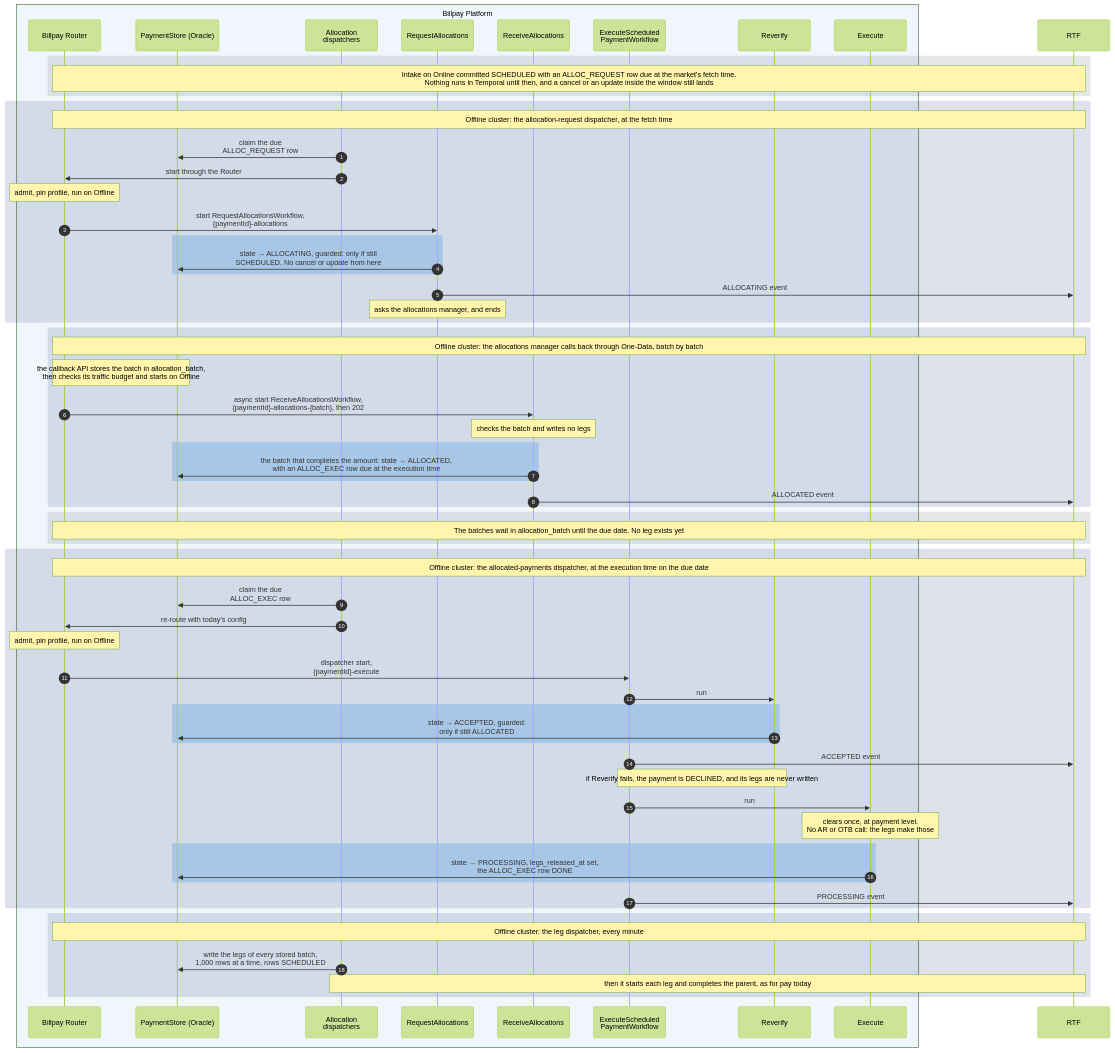
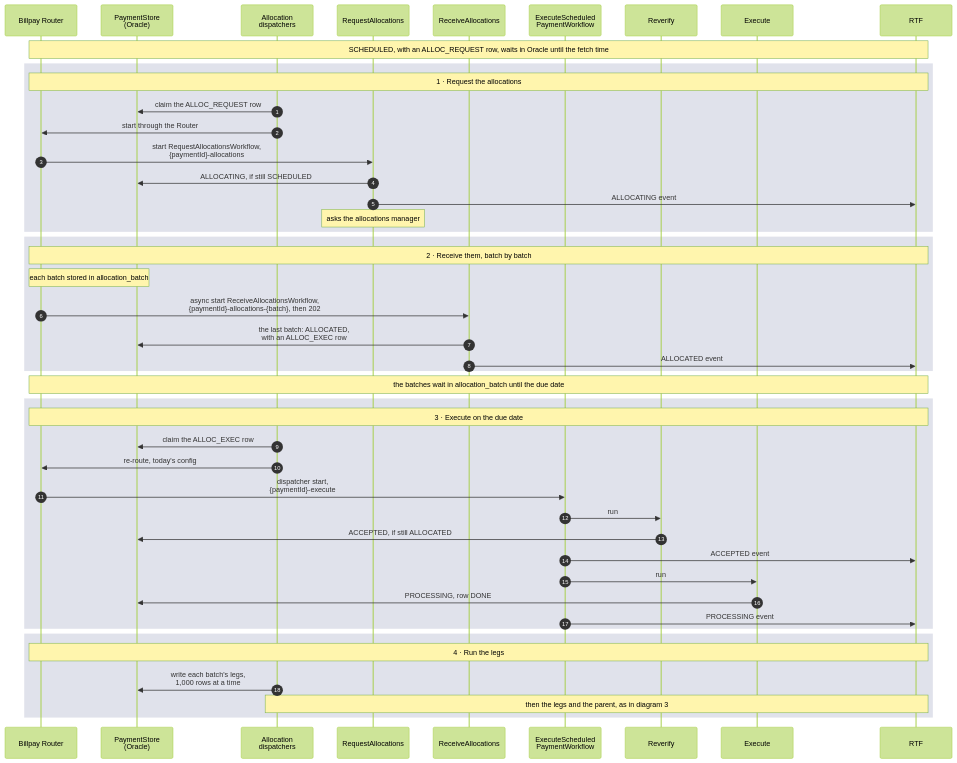
One commit to arunav-bhattacharya/billpay-book changed the fourth of 16 diagrams in website/docs/design/sequence-diagrams.md. Above: the diagram before and after it, drawn with Mermaid (forest theme). The commit also changed other lines of this file and 43 other files, not shown here.

First line of the commit message:
One sequence-diagram style; journeys editable as YAML

````diff
--- a/website/docs/design/sequence-diagrams.md
+++ b/website/docs/design/sequence-diagrams.md
@@ -307,74 +246,54 @@
   %% trigger: dispatcher start
   autonumber
 
-  box rgba(0,111,207,0.05) Billpay Platform
-    participant R as Billpay Router
-    participant PS as PaymentStore (Oracle)
-    participant AD as Allocation<br/>dispatchers
-    participant RQ as RequestAllocations
-    participant RC as ReceiveAllocations
-    participant XW as ExecuteScheduled<br/>PaymentWorkflow
-    participant REV as Reverify
-    participant EXE as Execute
-  end
-
+  participant R as Billpay Router
+  participant PS as PaymentStore<br/>(Oracle)
+  participant AD as Allocation<br/>dispatchers
+  participant RQ as RequestAllocations
+  participant RC as ReceiveAllocations
+  participant XW as ExecuteScheduled<br/>PaymentWorkflow
+  participant REV as Reverify
+  participant EXE as Execute
   participant RTF
 
-  rect rgba(83,86,90,0.14)
-    Note over R,RTF: Intake on Online committed SCHEDULED with an ALLOC_REQUEST row due at the market's fetch time.<br/>Nothing runs in Temporal until then, and a cancel or an update inside the window still lands
+  Note over R,RTF: SCHEDULED, with an ALLOC_REQUEST row, waits in Oracle until the fetch time
+
+  rect rgba(0,23,90,0.12)
+    Note over R,RTF: 1 · Request the allocations
+    AD->>PS: claim the ALLOC_REQUEST row
+    AD->>R: start through the Router
+    R->>RQ: start RequestAllocationsWorkflow,<br/>{paymentId}-allocations
+    RQ->>PS: ALLOCATING, if still SCHEDULED
+    RQ->>RTF: ALLOCATING event
+    Note over RQ: asks the allocations manager
   end
 
   rect rgba(0,23,90,0.12)
-    Note over R,RTF: Offline cluster: the allocation-request dispatcher, at the fetch time
-    AD->>PS: claim the due<br/>ALLOC_REQUEST row
-    AD->>R: start through the Router
-    Note over R: admit, pin profile, run on Offline
-    R->>RQ: start RequestAllocationsWorkflow,<br/>{paymentId}-allocations
-    rect rgba(102,169,226,0.40)
-      RQ->>PS: state → ALLOCATING, guarded: only if still<br/>SCHEDULED. No cancel or update from here
-    end
-    RQ->>RTF: ALLOCATING event
-    Note over RQ: asks the allocations manager, and ends
-  end
-
-  rect rgba(0,23,90,0.12)
-    Note over R,RTF: Offline cluster: the allocations manager calls back through One-Data, batch by batch
-    Note over R,PS: the callback API stores the batch in allocation_batch,<br/>then checks its traffic budget and starts on Offline
+    Note over R,RTF: 2 · Receive them, batch by batch
+    Note over R,PS: each batch stored in allocation_batch
     R->>RC: async start ReceiveAllocationsWorkflow,<br/>{paymentId}-allocations-{batch}, then 202
-    Note over RC: checks the batch and writes no legs
-    rect rgba(102,169,226,0.40)
-      RC->>PS: the batch that completes the amount: state → ALLOCATED,<br/>with an ALLOC_EXEC row due at the execution time
-    end
+    RC->>PS: the last batch: ALLOCATED,<br/>with an ALLOC_EXEC row
     RC->>RTF: ALLOCATED event
   end
 
-  rect rgba(83,86,90,0.14)
-    Note over R,RTF: The batches wait in allocation_batch until the due date. No leg exists yet
-  end
+  Note over R,RTF: the batches wait in allocation_batch until the due date
 
   rect rgba(0,23,90,0.12)
-    Note over R,RTF: Offline cluster: the allocated-payments dispatcher, at the execution time on the due date
-    AD->>PS: claim the due<br/>ALLOC_EXEC row
-    AD->>R: re-route with today's config
-    Note over R: admit, pin profile, run on Offline
+    Note over R,RTF: 3 · Execute on the due date
+    AD->>PS: claim the ALLOC_EXEC row
+    AD->>R: re-route, today's config
     R->>XW: dispatcher start,<br/>{paymentId}-execute
     XW->>REV: run
-    rect rgba(102,169,226,0.40)
-      REV->>PS: state → ACCEPTED, guarded:<br/>only if still ALLOCATED
-    end
+    REV->>PS: ACCEPTED, if still ALLOCATED
     XW->>RTF: ACCEPTED event
-    Note over XW,REV: if Reverify fails, the payment is DECLINED, and its legs are never written
     XW->>EXE: run
-    Note over EXE: clears once, at payment level.<br/>No AR or OTB call: the legs make those
-    rect rgba(102,169,226,0.40)
-      EXE->>PS: state → PROCESSING, legs_released_at set,<br/>the ALLOC_EXEC row DONE
-    end
+    EXE->>PS: PROCESSING, row DONE
     XW->>RTF: PROCESSING event
   end
 
   rect rgba(0,23,90,0.12)
-    Note over R,RTF: Offline cluster: the leg dispatcher, every minute
-    AD->>PS: write the legs of every stored batch,<br/>1,000 rows at a time, rows SCHEDULED
-    Note over AD,RTF: then it starts each leg and completes the parent, as for pay today
+    Note over R,RTF: 4 · Run the legs
+    AD->>PS: write each batch's legs,<br/>1,000 rows at a time
+    Note over AD,RTF: then the legs and the parent, as in diagram 3
   end
 ```
````
